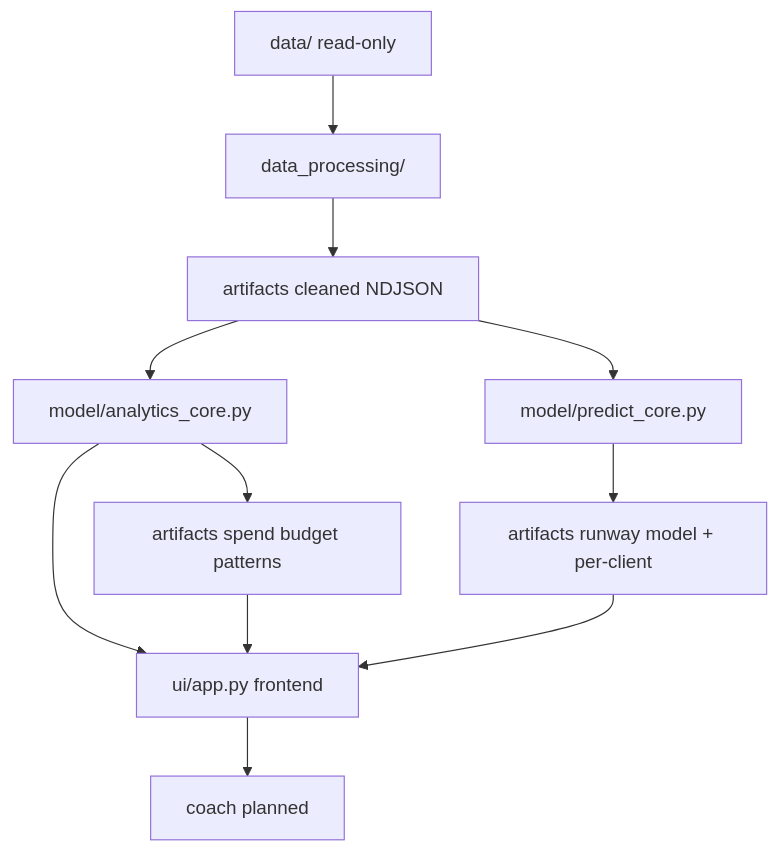
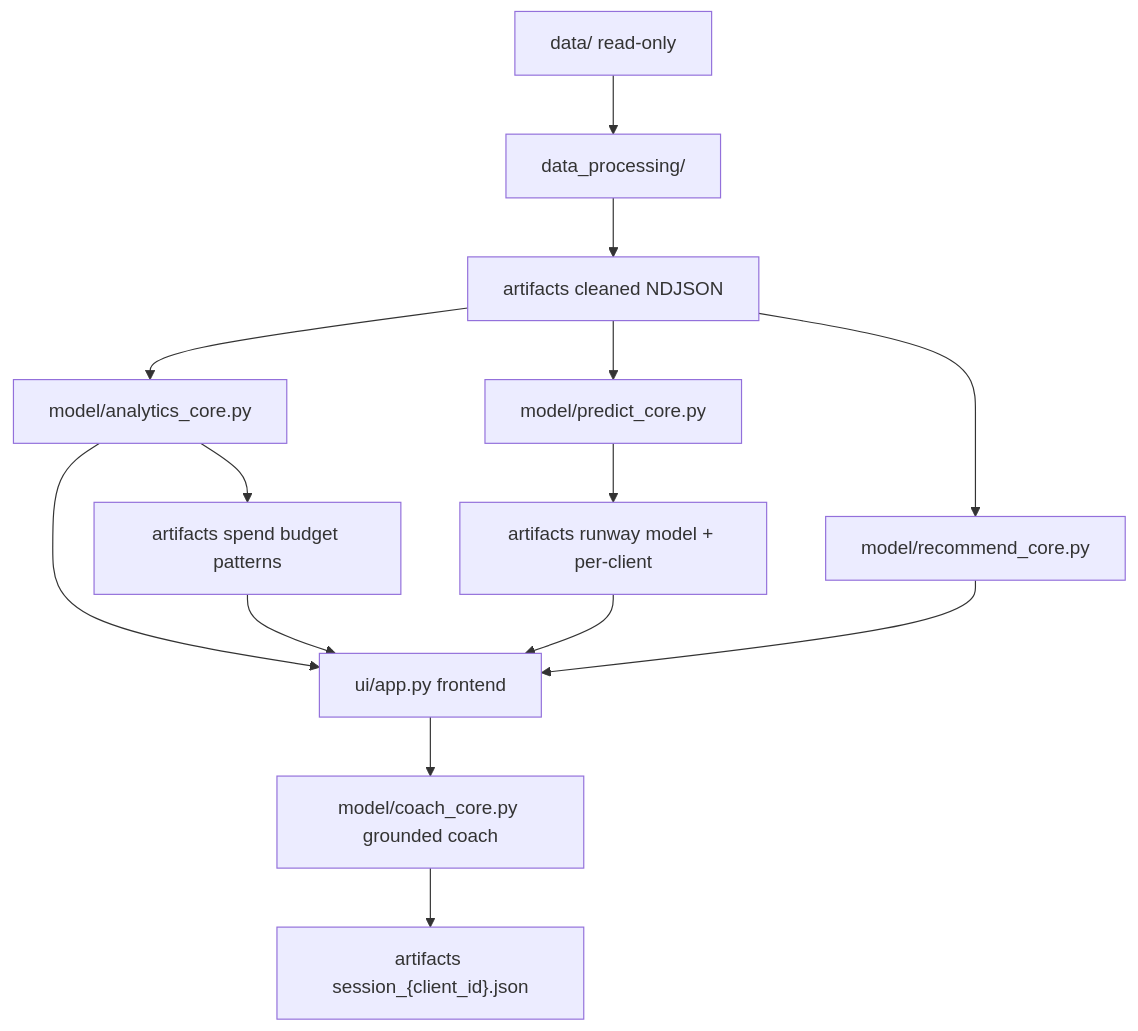
The diagram in PROJECT_SPEC.md (nickyphammy/JHU-personal-finance), drawn with Mermaid before and after one commit. The commit also changed other lines of this file and 5 other files, not shown here.

````diff
--- a/PROJECT_SPEC.md
+++ b/PROJECT_SPEC.md
@@ -91,13 +56,16 @@
 ```mermaid
 flowchart TD
   dataDir["data/ read-only"] --> dataProcessing["data_processing/"]
   dataProcessing --> artifactsClean["artifacts cleaned NDJSON"]
   artifactsClean --> analyticsCore["model/analytics_core.py"]
   artifactsClean --> predictCore["model/predict_core.py"]
   analyticsCore --> artifactsIntel["artifacts spend budget patterns"]
   predictCore --> artifactsRunway["artifacts runway model + per-client"]
   analyticsCore --> uiLayer["ui/app.py frontend"]
   artifactsIntel --> uiLayer
   artifactsRunway --> uiLayer
-  uiLayer --> futureCoach["coach planned"]
+  artifactsClean --> recommendCore["model/recommend_core.py"]
+  recommendCore --> uiLayer
+  uiLayer --> coachLayer["model/coach_core.py grounded coach"]
+  coachLayer --> artifactsSession["artifacts session_{client_id}.json"]
 ```
````
